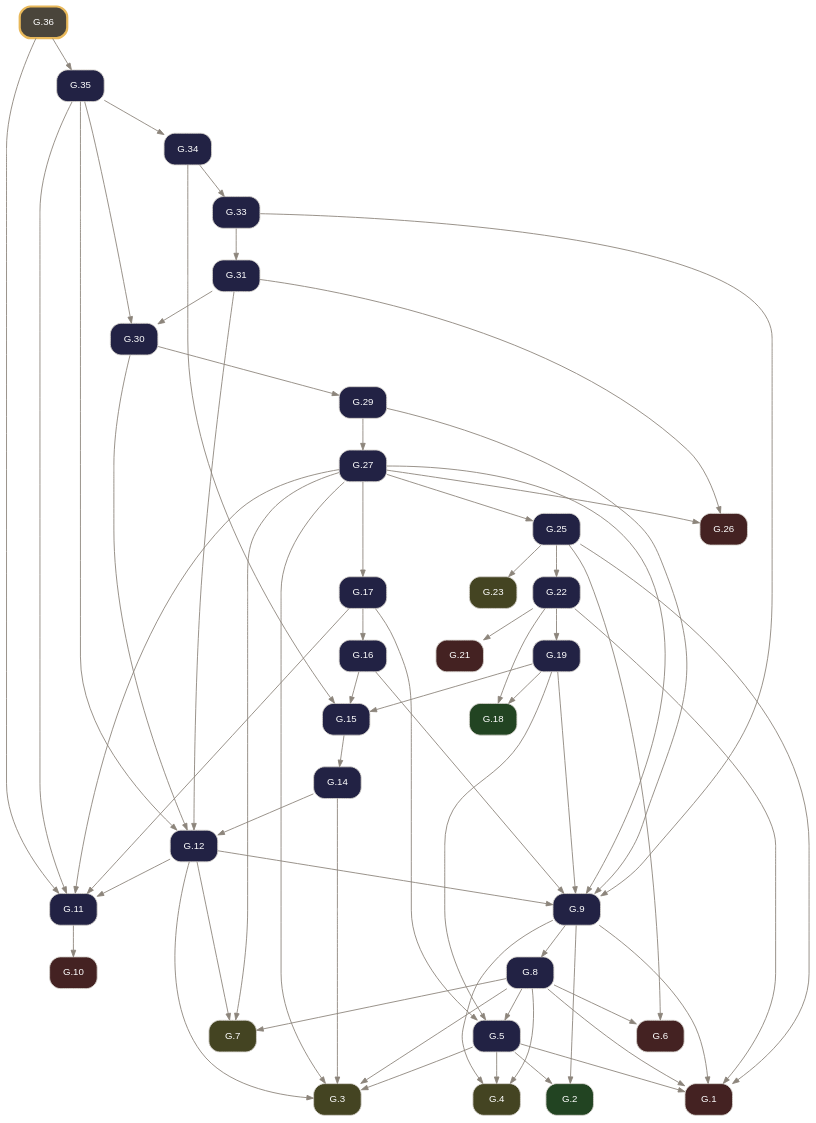
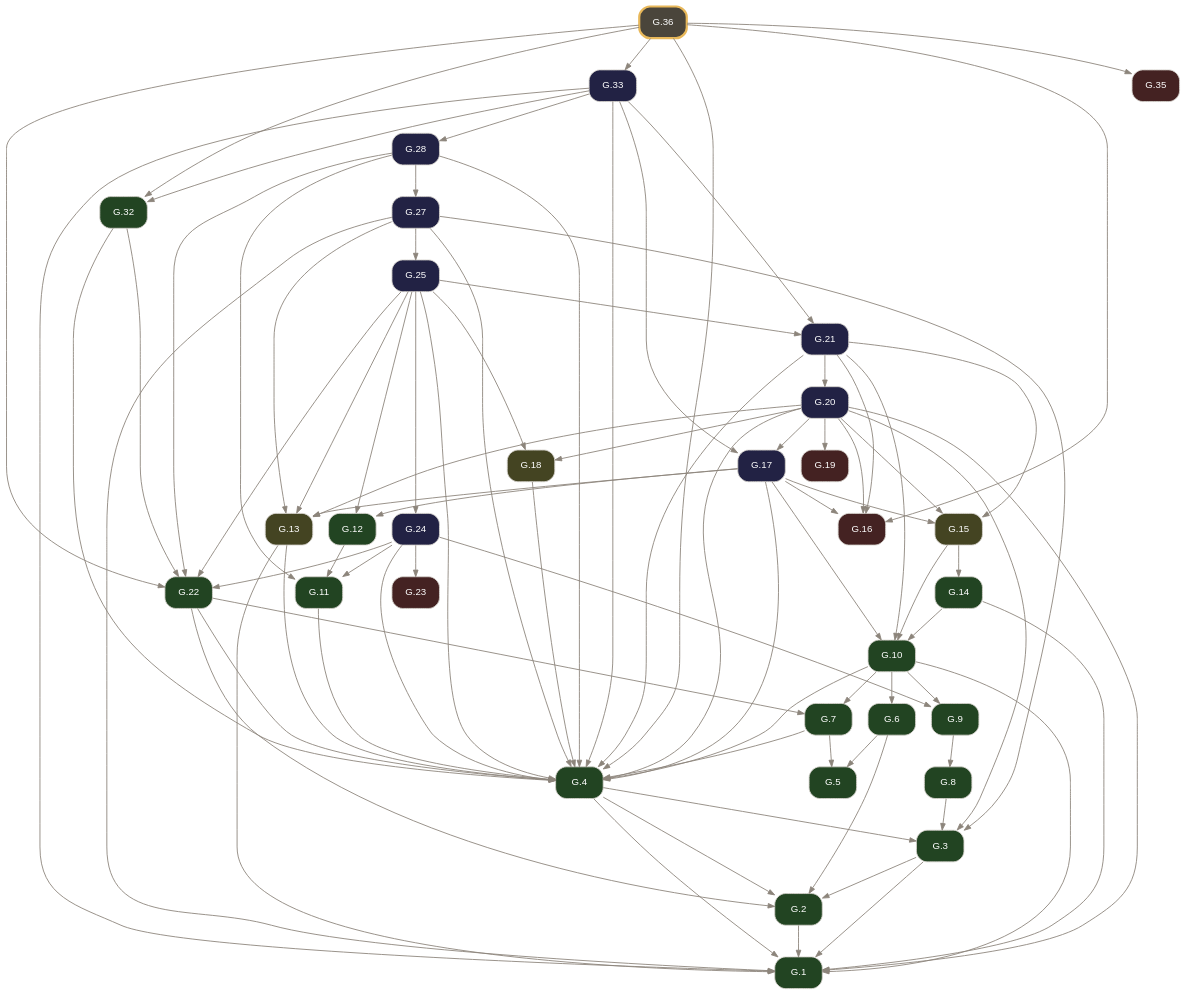
The diagram in docsrc/elements2/G.36/index.rst (geometor/elements), drawn with Graphviz before and after one commit. The commit also changed other lines of this file and 2974 other files, not shown here.

Commit message:
feat(elements2): wire defined terms, short verb titles, coincidence operator, and 2-point circle notation (v0.4.0)

```diff
--- a/docsrc/elements2/G.36/index.rst
+++ b/docsrc/elements2/G.36/index.rst
@@ -95,98 +91,119 @@
      node [shape=box, style="rounded,filled", fontname="Helvetica", fontsize=11, color="#d6d3cd", fontcolor="#ffffff"];
      edge [color="#8c857b", fontcolor="#8c857b", arrowsize=0.75];
      rankdir="TB";
-     "G.1" [label="G.1", tooltip="G.1 (I.cn.1): Things equal to the same thing are equal to one another.", fillcolor="#442222", URL="../G.1/index.html", target="_top"];
-     "G.2" [label="G.2", tooltip="G.2 (I.def.15): A circle is a plane figure contained by one line such that all segments falling upon it from its center are equal.", fillcolor="#224422", URL="../G.2/index.html", target="_top"];
-     "G.3" [label="G.3", tooltip="G.3 (I.post.1): Construct a segment between any two points.", fillcolor="#444422", URL="../G.3/index.html", target="_top"];
-     "G.4" [label="G.4", tooltip="G.4 (I.post.3): Construct a circle with any center and radius.", fillcolor="#444422", URL="../G.4/index.html", target="_top"];
-     "G.5" [label="G.5", tooltip="G.5 (I.1): Construct an equilateral triangle on a given finite segment.", fillcolor="#222244", URL="../G.5/index.html", target="_top"];
-     "G.6" [label="G.6", tooltip="G.6 (I.cn.3): If equals are subtracted from equals, the remainders are equal.", fillcolor="#442222", URL="../G.6/index.html", target="_top"];
-     "G.7" [label="G.7", tooltip="G.7 (I.post.2): Extend a finite segment continuously in a straight line.", fillcolor="#444422", URL="../G.7/index.html", target="_top"];
-     "G.8" [label="G.8", tooltip="G.8 (I.2): Construct at a given point a segment equal to a given segment.", fillcolor="#222244", URL="../G.8/index.html", target="_top"];
-     "G.9" [label="G.9", tooltip="G.9 (I.3): Cut off from the greater of two unequal segments a segment equal to the less.", fillcolor="#222244", URL="../G.9/index.html", target="_top"];
-     "G.10" [label="G.10", tooltip="G.10 (I.cn.4): Things that coincide with one another are equal.", fillcolor="#442222", URL="../G.10/index.html", target="_top"];
-     "G.11" [label="G.11", tooltip="G.11 (I.4): Triangles with two sides and the included angle equal are congruent (SAS).", fillcolor="#222244", URL="../G.11/index.html", target="_top"];
-     "G.12" [label="G.12", tooltip="G.12 (I.5): In an isosceles triangle, the angles at the base are equal, and if the equal sides are extended, the angles under the base are equal.", fillcolor="#222244", URL="../G.12/index.html", target="_top"];
-     "G.14" [label="G.14", tooltip="G.14 (I.7): On the same segment and on the same side, there cannot be constructed two distinct triangles with both pairs of conterminous sides equal.", fillcolor="#222244", URL="../G.14/index.html", target="_top"];
-     "G.15" [label="G.15", tooltip="G.15 (I.8): Triangles with all three corresponding sides equal have their corresponding angles equal (SSS).", fillcolor="#222244", URL="../G.15/index.html", target="_top"];
-     "G.16" [label="G.16", tooltip="G.16 (I.9): Bisect a given angle.", fillcolor="#222244", URL="../G.16/index.html", target="_top"];
-     "G.17" [label="G.17", tooltip="G.17 (I.10): Bisect a given finite segment.", fillcolor="#222244", URL="../G.17/index.html", target="_top"];
-     "G.18" [label="G.18", tooltip="G.18 (I.def.10): When a straight line standing on a straight line makes the adjacent angles equal, each of the equal angles is a right angle, and the standing line is perpendicular to that on which...", fillcolor="#224422", URL="../G.18/index.html", target="_top"];
-     "G.19" [label="G.19", tooltip="G.19 (I.11): Construct a line at right angles to a given line from a given point on it.", fillcolor="#222244", URL="../G.19/index.html", target="_top"];
-     "G.21" [label="G.21", tooltip="G.21 (I.cn.2): If equals are added to equals, the wholes are equal.", fillcolor="#442222", URL="../G.21/index.html", target="_top"];
-     "G.22" [label="G.22", tooltip="G.22 (I.13): A ray standing on a line makes either two right angles or adjacent angles summing to two right angles.", fillcolor="#222244", URL="../G.22/index.html", target="_top"];
-     "G.23" [label="G.23", tooltip="G.23 (I.post.4): All right angles are equal.", fillcolor="#444422", URL="../G.23/index.html", target="_top"];
-     "G.25" [label="G.25", tooltip="G.25 (I.15): Intersecting lines make their vertical angles equal.", fillcolor="#222244", URL="../G.25/index.html", target="_top"];
-     "G.26" [label="G.26", tooltip="G.26 (I.cn.5): The whole is greater than the part.", fillcolor="#442222", URL="../G.26/index.html", target="_top"];
-     "G.27" [label="G.27", tooltip="G.27 (I.16): In any triangle, if one side is extended, the exterior angle is greater than either opposite interior angle.", fillcolor="#222244", URL="../G.27/index.html", target="_top"];
-     "G.29" [label="G.29", tooltip="G.29 (I.18): In any triangle, the greater side subtends the greater angle.", fillcolor="#222244", URL="../G.29/index.html", target="_top"];
-     "G.30" [label="G.30", tooltip="G.30 (I.19): In any triangle, the greater angle is subtended by the greater side.", fillcolor="#222244", URL="../G.30/index.html", target="_top"];
-     "G.31" [label="G.31", tooltip="G.31 (I.20): In any triangle, the sum of any two sides is greater than the remaining side.", fillcolor="#222244", URL="../G.31/index.html", target="_top"];
-     "G.33" [label="G.33", tooltip="G.33 (I.22): Construct a triangle from three segments equal to three given segments satisfying the triangle inequality.", fillcolor="#222244", URL="../G.33/index.html", target="_top"];
-     "G.34" [label="G.34", tooltip="G.34 (I.23): Construct on a given line at a given point an angle equal to a given angle.", fillcolor="#222244", URL="../G.34/index.html", target="_top"];
-     "G.35" [label="G.35", tooltip="G.35 (I.24): If two triangles have two sides equal to two sides respectively, the one with the greater included angle has the greater base.", fillcolor="#222244", URL="../G.35/index.html", target="_top"];
-     "G.36" [label="G.36", tooltip="G.36 (I.25): If two triangles have two sides equal to two sides respectively, the one with the greater base has the greater included angle.", penwidth=2.5, color="#e8b85a", fillcolor="#4a453b", URL="index.html", target="_top"];
-     "G.5" -> "G.1";
-     "G.8" -> "G.1";
-     "G.9" -> "G.1";
-     "G.22" -> "G.1";
-     "G.25" -> "G.1";
-     "G.5" -> "G.2";
-     "G.9" -> "G.2";
-     "G.5" -> "G.3";
+     "G.1" [label="G.1", tooltip="G.1 (I.def.1): A point A is that which has no part.", fillcolor="#224422", URL="../G.1/index.html", target="_top"];
+     "G.2" [label="G.2", tooltip="G.2 (I.def.2): A line [ A B ] is a projection of a relationship of two points A, B.", fillcolor="#224422", URL="../G.2/index.html", target="_top"];
+     "G.3" [label="G.3", tooltip="G.3 (I.def.3): The extremities of a segment / A B / are points A, B.", fillcolor="#224422", URL="../G.3/index.html", target="_top"];
+     "G.4" [label="G.4", tooltip="G.4 (I.def.4): A segment / A B / is a portion of a line [ A B ] between two points A, B on the line.", fillcolor="#224422", URL="../G.4/index.html", target="_top"];
+     "G.5" [label="G.5", tooltip="G.5 (I.def.5): A surface is that which has length and breadth only.", fillcolor="#224422", URL="../G.5/index.html", target="_top"];
+     "G.6" [label="G.6", tooltip="G.6 (I.def.6): The extremities of a surface are lines or arcs.", fillcolor="#224422", URL="../G.6/index.html", target="_top"];
+     "G.7" [label="G.7", tooltip="G.7 (I.def.7): A plane surface lies evenly with the lines on itself.", fillcolor="#224422", URL="../G.7/index.html", target="_top"];
+     "G.8" [label="G.8", tooltip="G.8 (I.def.13): A boundary is the extremity of anything.", fillcolor="#224422", URL="../G.8/index.html", target="_top"];
+     "G.9" [label="G.9", tooltip="G.9 (I.def.14): A figure is that which is contained by any boundary or boundaries.", fillcolor="#224422", URL="../G.9/index.html", target="_top"];
+     "G.10" [label="G.10", tooltip="G.10 (I.def.15): A circle ( A B ) is a plane figure contained by one arc defined by a center A and a point B establishing its defining radius / A B /, such that all segments / A B /, / A C /, / A D...", fillcolor="#224422", URL="../G.10/index.html", target="_top"];
+     "G.11" [label="G.11", tooltip="G.11 (I.def.19): Rectilineal figures are contained by segments: trilateral by three, quadrilateral by four, and multilateral by more than four.", fillcolor="#224422", URL="../G.11/index.html", target="_top"];
+     "G.12" [label="G.12", tooltip="G.12 (I.def.20): Of trilateral figures, an equilateral triangle < A B C > has three equal sides, an isosceles triangle < D E F > has two equal sides, and a scalene triangle < G H K > has three uneq...", fillcolor="#224422", URL="../G.12/index.html", target="_top"];
+     "G.13" [label="G.13", tooltip="G.13 (I.post.1): Construct a segment / A B / between any two points A, B.", fillcolor="#444422", URL="../G.13/index.html", target="_top"];
+     "G.14" [label="G.14", tooltip="G.14 (I.def.16): The point A within the circle ( A B ) from which all segments / A B /, / A C / to the arc are equal is called the center of the circle.", fillcolor="#224422", URL="../G.14/index.html", target="_top"];
+     "G.15" [label="G.15", tooltip="G.15 (I.post.3): Construct a circle ( A B ) with center A and defining radius point B.", fillcolor="#444422", URL="../G.15/index.html", target="_top"];
+     "G.16" [label="G.16", tooltip="G.16 (I.cn.1): Things equal to the same thing are equal to one another.", fillcolor="#442222", URL="../G.16/index.html", target="_top"];
+     "G.17" [label="G.17", tooltip="G.17 (I.1): Construct an equilateral triangle on a given segment.", fillcolor="#222244", URL="../G.17/index.html", target="_top"];
+     "G.18" [label="G.18", tooltip="G.18 (I.post.2): Extend a segment / A B / continuously along a line [ A B ] to / B C /.", fillcolor="#444422", URL="../G.18/index.html", target="_top"];
+     "G.19" [label="G.19", tooltip="G.19 (I.cn.3): If equals are subtracted from equals, the remainders are equal.", fillcolor="#442222", URL="../G.19/index.html", target="_top"];
+     "G.20" [label="G.20", tooltip="G.20 (I.2): Construct at a given point a segment equal to a given segment.", fillcolor="#222244", URL="../G.20/index.html", target="_top"];
+     "G.21" [label="G.21", tooltip="G.21 (I.3): Cut off from the greater of two unequal segments a segment equal to the less.", fillcolor="#222244", URL="../G.21/index.html", target="_top"];
+     "G.22" [label="G.22", tooltip="G.22 (I.def.8): A plane angle is the inclination to one another of two lines or arcs in a plane that meet and do not lie on the same line.", fillcolor="#224422", URL="../G.22/index.html", target="_top"];
+     "G.23" [label="G.23", tooltip="G.23 (I.cn.4): Things / A B /, / D E / that coincide with one another are equal to one another.", fillcolor="#442222", URL="../G.23/index.html", target="_top"];
+     "G.24" [label="G.24", tooltip="G.24 (I.4): Triangles with two sides and the included angle equal are congruent (SAS).", fillcolor="#222244", URL="../G.24/index.html", target="_top"];
+     "G.25" [label="G.25", tooltip="G.25 (I.5): In an isosceles triangle, the angles at the base are equal, and if the equal sides are extended, the angles under the base are equal.", fillcolor="#222244", URL="../G.25/index.html", target="_top"];
+     "G.27" [label="G.27", tooltip="G.27 (I.7): On the same segment and on the same side, there cannot be constructed two distinct triangles with both pairs of conterminous sides equal.", fillcolor="#222244", URL="../G.27/index.html", target="_top"];
+     "G.28" [label="G.28", tooltip="G.28 (I.8): Triangles with all three corresponding sides equal have their corresponding angles equal (SSS).", fillcolor="#222244", URL="../G.28/index.html", target="_top"];
+     "G.32" [label="G.32", tooltip="G.32 (I.def.10): When a segment standing on a line makes the adjacent angles equal, each of the equal angles is a right angle, and the standing segment is perpendicular to the line.", fillcolor="#224422", URL="../G.32/index.html", target="_top"];
+     "G.33" [label="G.33", tooltip="G.33 (I.11): Construct a segment at right angles to a given line from a given point on it.", fillcolor="#222244", URL="../G.33/index.html", target="_top"];
+     "G.35" [label="G.35", tooltip="G.35 (I.cn.2): If equals are added to equals, the wholes are equal.", fillcolor="#442222", URL="../G.35/index.html", target="_top"];
+     "G.36" [label="G.36", tooltip="G.36 (I.13): A segment standing on a line makes either two right angles or adjacent angles summing to two right angles.", penwidth=2.5, color="#e8b85a", fillcolor="#4a453b", URL="index.html", target="_top"];
+     "G.2" -> "G.1";
+     "G.3" -> "G.1";
+     "G.4" -> "G.1";
+     "G.10" -> "G.1";
+     "G.13" -> "G.1";
+     "G.14" -> "G.1";
+     "G.20" -> "G.1";
+     "G.27" -> "G.1";
+     "G.33" -> "G.1";
+     "G.3" -> "G.2";
+     "G.4" -> "G.2";
+     "G.6" -> "G.2";
+     "G.22" -> "G.2";
+     "G.4" -> "G.3";
      "G.8" -> "G.3";
-     "G.12" -> "G.3";
-     "G.14" -> "G.3";
+     "G.20" -> "G.3";
      "G.27" -> "G.3";
-     "G.5" -> "G.4";
-     "G.8" -> "G.4";
-     "G.9" -> "G.4";
-     "G.8" -> "G.5";
-     "G.17" -> "G.5";
-     "G.19" -> "G.5";
-     "G.8" -> "G.6";
-     "G.25" -> "G.6";
-     "G.8" -> "G.7";
-     "G.12" -> "G.7";
-     "G.27" -> "G.7";
+     "G.7" -> "G.4";
+     "G.10" -> "G.4";
+     "G.11" -> "G.4";
+     "G.13" -> "G.4";
+     "G.17" -> "G.4";
+     "G.18" -> "G.4";
+     "G.20" -> "G.4";
+     "G.21" -> "G.4";
+     "G.22" -> "G.4";
+     "G.24" -> "G.4";
+     "G.25" -> "G.4";
+     "G.27" -> "G.4";
+     "G.28" -> "G.4";
+     "G.32" -> "G.4";
+     "G.33" -> "G.4";
+     "G.36" -> "G.4";
+     "G.6" -> "G.5";
+     "G.7" -> "G.5";
+     "G.10" -> "G.6";
+     "G.10" -> "G.7";
+     "G.22" -> "G.7";
      "G.9" -> "G.8";
-     "G.12" -> "G.9";
-     "G.16" -> "G.9";
-     "G.19" -> "G.9";
-     "G.27" -> "G.9";
-     "G.29" -> "G.9";
-     "G.33" -> "G.9";
-     "G.11" -> "G.10";
+     "G.10" -> "G.9";
+     "G.24" -> "G.9";
+     "G.14" -> "G.10";
+     "G.15" -> "G.10";
+     "G.17" -> "G.10";
+     "G.21" -> "G.10";
      "G.12" -> "G.11";
-     "G.17" -> "G.11";
-     "G.27" -> "G.11";
-     "G.35" -> "G.11";
-     "G.36" -> "G.11";
-     "G.14" -> "G.12";
-     "G.30" -> "G.12";
-     "G.31" -> "G.12";
-     "G.35" -> "G.12";
+     "G.24" -> "G.11";
+     "G.28" -> "G.11";
+     "G.17" -> "G.12";
+     "G.25" -> "G.12";
+     "G.17" -> "G.13";
+     "G.20" -> "G.13";
+     "G.25" -> "G.13";
+     "G.27" -> "G.13";
      "G.15" -> "G.14";
-     "G.16" -> "G.15";
-     "G.19" -> "G.15";
-     "G.34" -> "G.15";
+     "G.17" -> "G.15";
+     "G.20" -> "G.15";
+     "G.21" -> "G.15";
      "G.17" -> "G.16";
-     "G.27" -> "G.17";
-     "G.19" -> "G.18";
-     "G.22" -> "G.18";
-     "G.22" -> "G.19";
-     "G.22" -> "G.21";
+     "G.20" -> "G.16";
+     "G.21" -> "G.16";
+     "G.36" -> "G.16";
+     "G.20" -> "G.17";
+     "G.33" -> "G.17";
+     "G.20" -> "G.18";
+     "G.25" -> "G.18";
+     "G.20" -> "G.19";
+     "G.21" -> "G.20";
+     "G.25" -> "G.21";
+     "G.33" -> "G.21";
+     "G.24" -> "G.22";
      "G.25" -> "G.22";
-     "G.25" -> "G.23";
+     "G.28" -> "G.22";
+     "G.32" -> "G.22";
+     "G.36" -> "G.22";
+     "G.24" -> "G.23";
+     "G.25" -> "G.24";
      "G.27" -> "G.25";
-     "G.27" -> "G.26";
-     "G.31" -> "G.26";
-     "G.29" -> "G.27";
-     "G.30" -> "G.29";
-     "G.31" -> "G.30";
-     "G.35" -> "G.30";
-     "G.33" -> "G.31";
-     "G.34" -> "G.33";
-     "G.35" -> "G.34";
+     "G.28" -> "G.27";
+     "G.33" -> "G.28";
+     "G.33" -> "G.32";
+     "G.36" -> "G.32";
+     "G.36" -> "G.33";
      "G.36" -> "G.35";
    }
```
